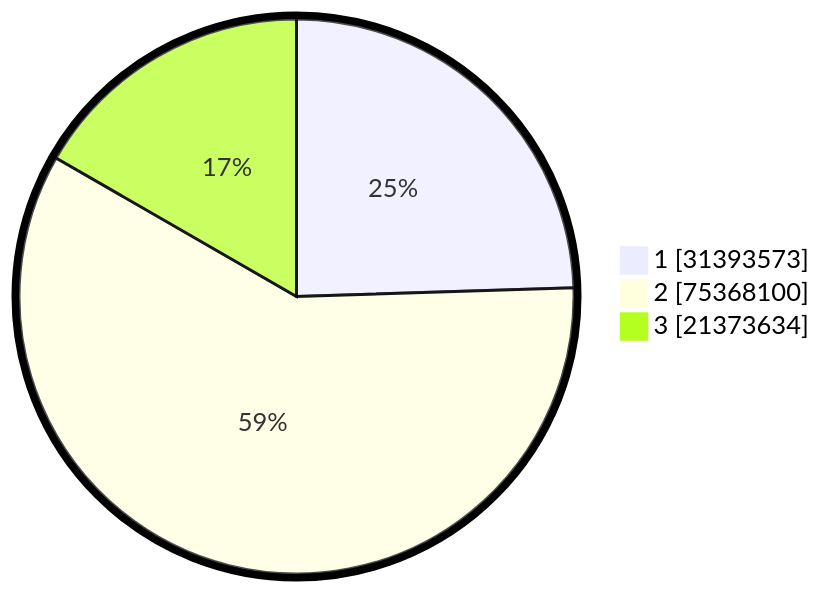
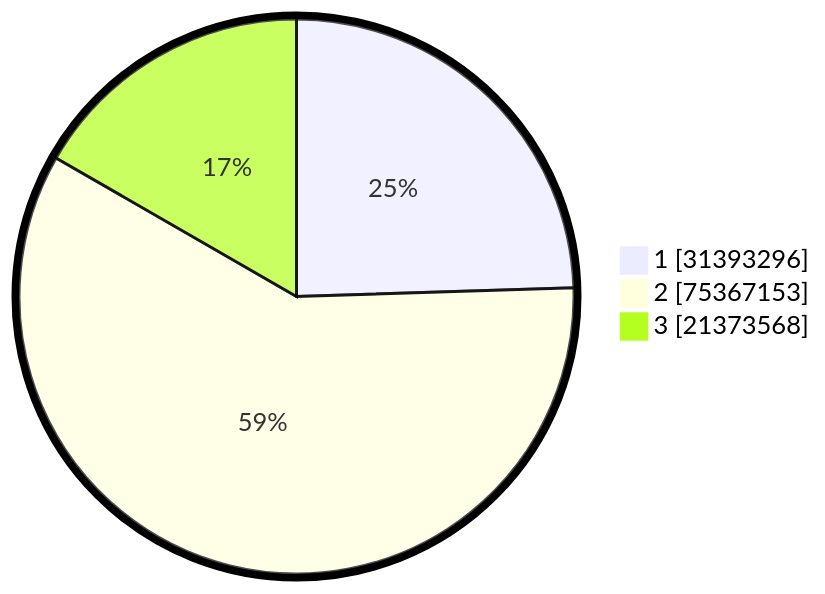
Before and after one commit to gigit-pemilu/pemilu-2024: the second of 2 diagrams in pilpres/hitung-suara/README.md, drawn with Mermaid. The commit also changed other lines of this file and 11 other files, not shown here.

````diff
--- a/pilpres/hitung-suara/README.md
+++ b/pilpres/hitung-suara/README.md
@@ -93,7 +93,7 @@
 ```mermaid
 %%{init: {"pie": {"textPosition": 0.5}, "themeVariables": {"pieOuterStrokeWidth": "5px"}} }%%
 pie showData
-    "1" : 31393573
-    "2" : 75368100
-    "3" : 21373634
+    "1" : 31393296
+    "2" : 75367153
+    "3" : 21373568
 ```
````
